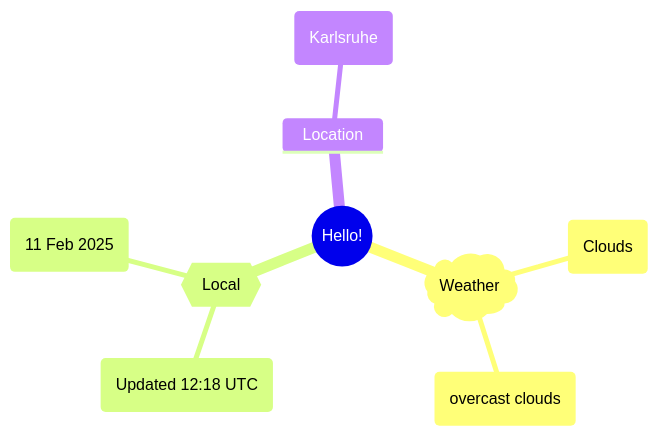
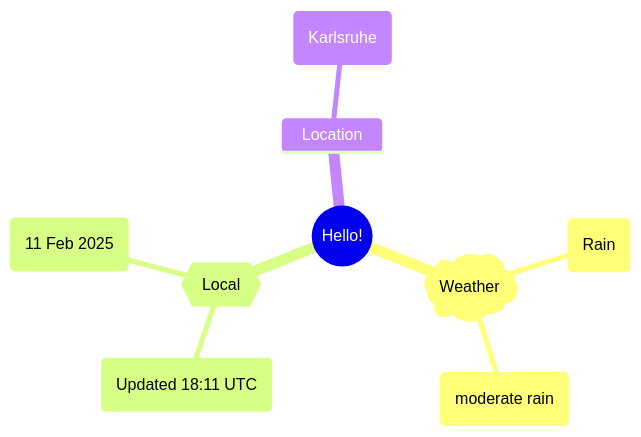
The first of 2 diagrams in README.md (Xosrov/Xosrov), drawn with Mermaid before and after one commit.

Commit message:
[bot] updated images

````diff
--- a/README.md
+++ b/README.md
@@ -3,12 +3,12 @@
 ```mermaid
 mindmap
   root((Hello!))
     )Weather(
-        (Clouds)
-        (overcast clouds)
+        (Rain)
+        (moderate rain)
     {{Local}}
-        (Updated 12:18 UTC)
+        (Updated 18:11 UTC)
         (11 Feb 2025)
     Location
         (Karlsruhe)
 ```
````
